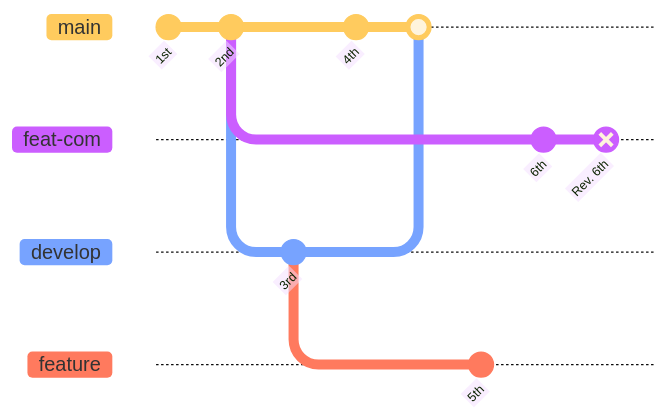
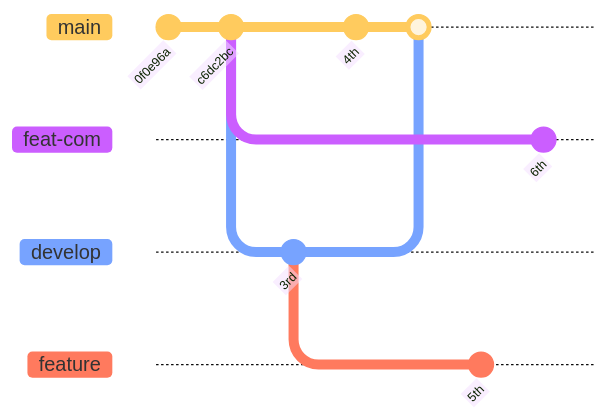
Diagram 16 of 16 in slides-git-quarto/slides-training.qmd (umr-marbec/git-training), drawn with Mermaid before and after one commit. The commit also changed other lines of this file and 2 other files, not shown here.

````diff
--- a/slides-git-quarto/slides-training.qmd
+++ b/slides-git-quarto/slides-training.qmd
@@ -363,21 +452,20 @@
 ```{mermaid}
 %%| fig-width: 10
 %%| fig-height: 4
 %%{init: { 'logLevel': 'debug', 'theme': 'base', 'gitGraph': {'rotateCommitLabel': true}}}%%
 gitGraph
-    commit id: "1st"
-    commit id: "2nd"
+    commit id: "0f0e96a"
+    commit id: "c6dc2bc"
     branch feat-com
     branch develop
     checkout develop
     commit id: "3rd"
     checkout main
     commit id: "4th"
     merge develop
     checkout develop
     branch feature
     commit id: "5th"
     checkout feat-com
     commit id: "6th"
-    commit id: "Rev. 6th" type: REVERSE
 ```
````
